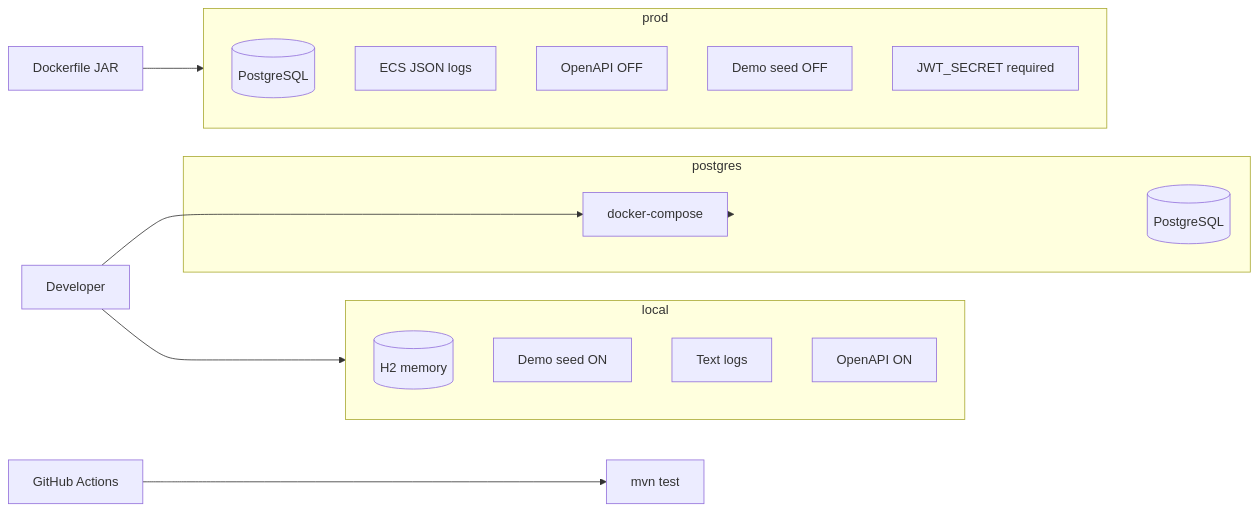
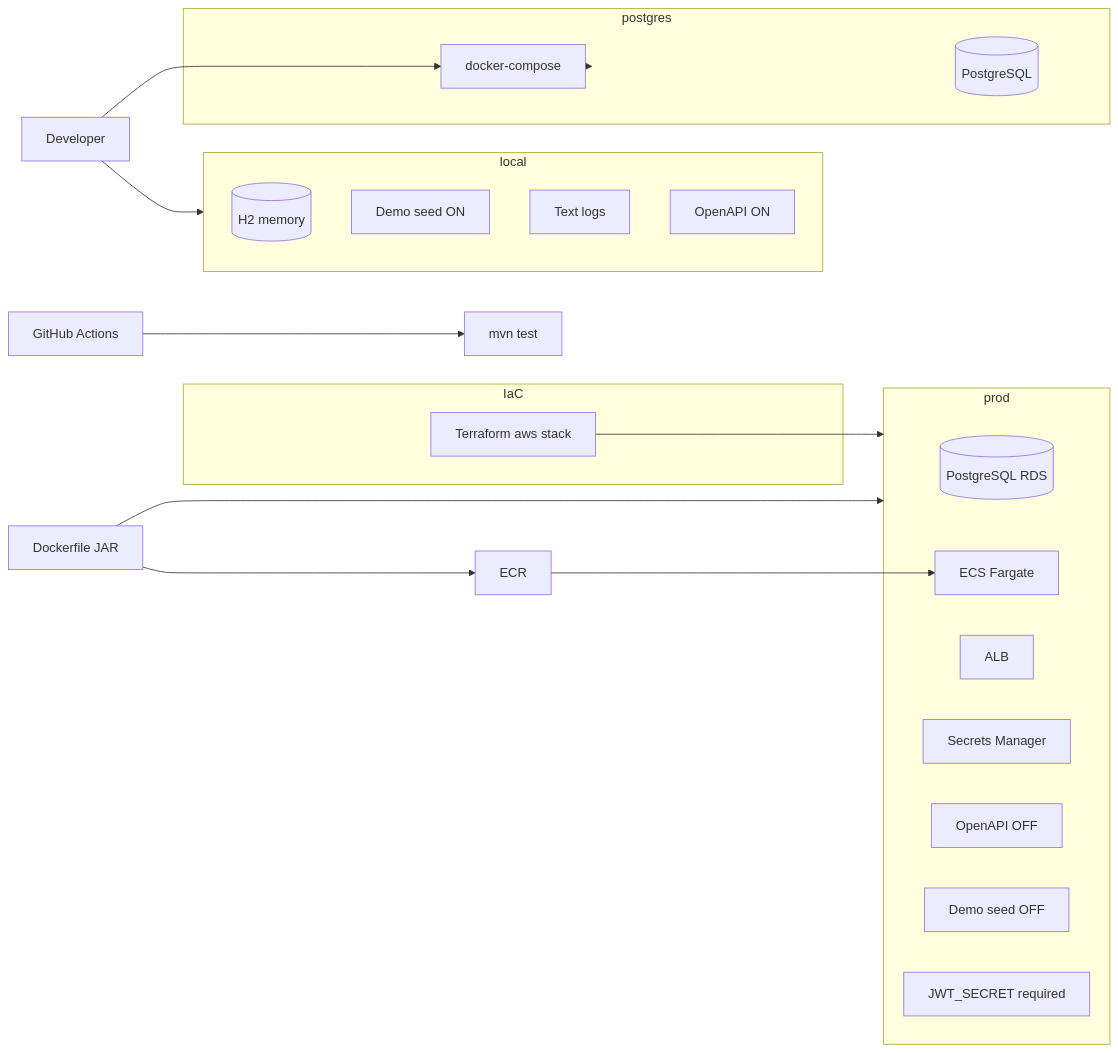
The diagram in docs/diagrams/deploy-profiles.md (g-zenr/springboot-api-template), drawn with Mermaid before and after one commit. The commit also changed other lines of this file and 61 other files, not shown here.

Commit message:
feat: add portable Terraform IaC (AWS + azure/gcp scaffolds)

````diff
--- a/docs/diagrams/deploy-profiles.md
+++ b/docs/diagrams/deploy-profiles.md
@@ -5,27 +5,36 @@
 ```mermaid
 flowchart LR
   subgraph local_dev [local]
     H2[(H2 memory)]
     Seed[Demo seed ON]
     TextLog[Text logs]
     Swagger[OpenAPI ON]
   end
 
   subgraph pg [postgres]
     PG[(PostgreSQL)]
     Compose[docker-compose]
   end
 
   subgraph production [prod]
-    PG2[(PostgreSQL)]
-    ECS[ECS JSON logs]
+    PG2[(PostgreSQL RDS)]
+    Fargate[ECS Fargate]
+    ALB[ALB]
+    Sec[Secrets Manager]
     NoSwagger[OpenAPI OFF]
     NoSeed[Demo seed OFF]
     Secret[JWT_SECRET required]
   end
 
+  subgraph iac [IaC]
+    TF[Terraform aws stack]
+  end
+
   Dev[Developer] --> local_dev
   Dev --> Compose --> pg
   CI[GitHub Actions] --> Tests[mvn test]
-  Image[Dockerfile JAR] --> production
+  Image[Dockerfile JAR] --> ECR[ECR]
+  ECR --> Fargate
+  TF --> production
+  Image --> production
 ```
````
